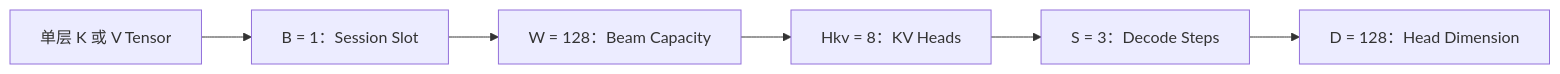
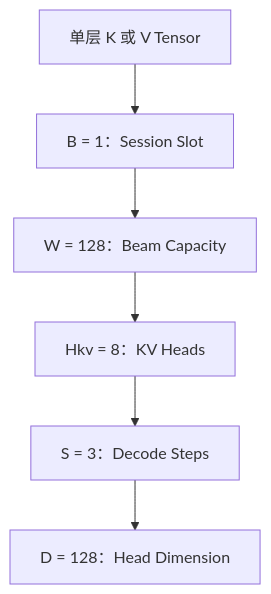
One commit to zhanghanleo10/gr-related changed the second of 3 diagrams in GR/onerec_1_7b_beam_kv_pool_memory_analysis.md. Above: the diagram before and after it, drawn with Mermaid. The commit also changed other lines of this file, not shown here.

````diff
--- a/GR/onerec_1_7b_beam_kv_pool_memory_analysis.md
+++ b/GR/onerec_1_7b_beam_kv_pool_memory_analysis.md
@@ -81,8 +81,9 @@
 ```mermaid
-flowchart LR
-    T["单层 K 或 V Tensor"] --> B["B = 1：Session Slot"]
+flowchart TB
+    T["单层 K 或 V Tensor"]
+    T --> B["B = 1：Session Slot"]
     B --> W["W = 128：Beam Capacity"]
     W --> H["Hkv = 8：KV Heads"]
     H --> S["S = 3：Decode Steps"]
     S --> D["D = 128：Head Dimension"]
 ```
````
